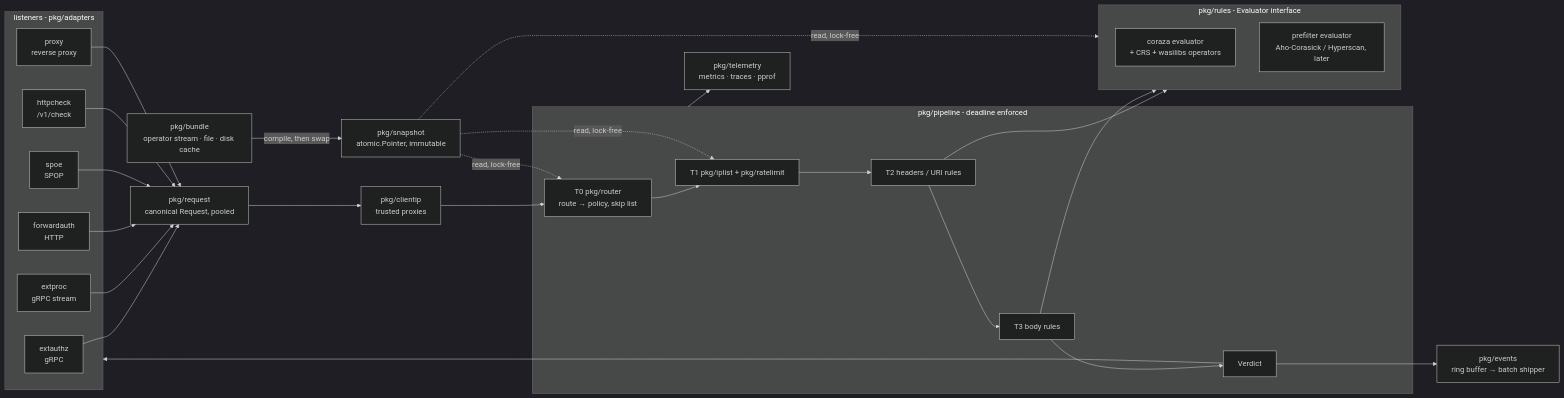
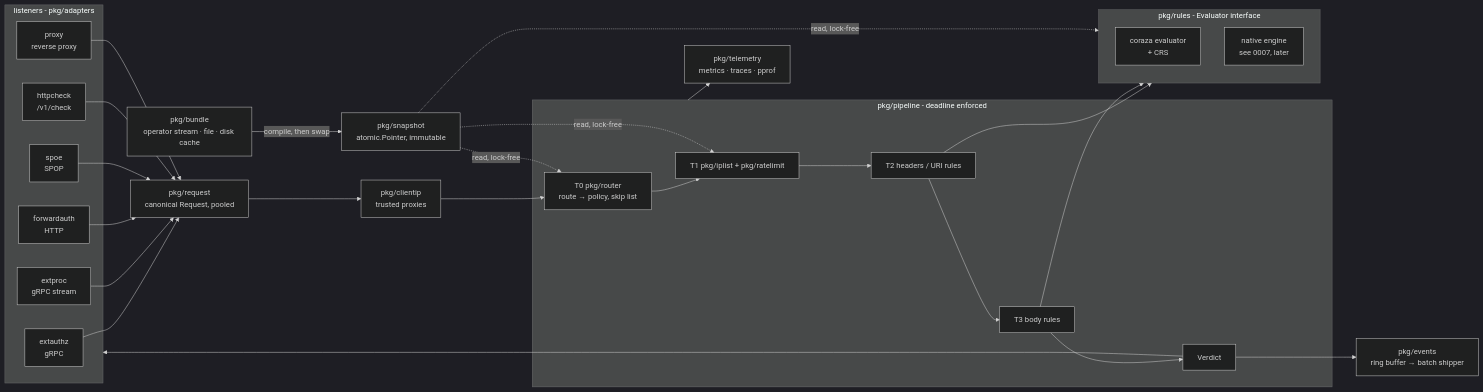
The second of 5 diagrams in docs/design/0005-component-map.md (inkwall-dev/inkwall), drawn with Mermaid (dark theme) before and after one commit. The commit also changed other lines of this file and 6 other files, not shown here.

````diff
--- a/docs/design/0005-component-map.md
+++ b/docs/design/0005-component-map.md
@@ -89,41 +89,41 @@
 ```mermaid
 flowchart LR
     subgraph LIS["listeners - pkg/adapters"]
         EA["extauthz<br/>gRPC"]
         EP["extproc<br/>gRPC stream"]
         FA["forwardauth<br/>HTTP"]
         SP["spoe<br/>SPOP"]
         HC["httpcheck<br/>/v1/check"]
         RP["proxy<br/>reverse proxy"]
     end
 
     REQ["pkg/request<br/>canonical Request, pooled"]
     CIP["pkg/clientip<br/>trusted proxies"]
 
     subgraph PIPE["pkg/pipeline - deadline enforced"]
         T0["T0 pkg/router<br/>route → policy, skip list"]
         T1["T1 pkg/iplist + pkg/ratelimit"]
         T2["T2 headers / URI rules"]
         T3["T3 body rules"]
         V["Verdict"]
         T0 --> T1 --> T2 --> T3 --> V
     end
 
     subgraph RULES["pkg/rules - Evaluator interface"]
-        CZ["coraza evaluator<br/>+ CRS + wasilibs operators"]
-        PF["prefilter evaluator<br/>Aho-Corasick / Hyperscan, later"]
+        CZ["coraza evaluator<br/>+ CRS"]
+        PF["native engine<br/>see 0007, later"]
     end
 
     SNAP["pkg/snapshot<br/>atomic.Pointer, immutable"]
     BUN["pkg/bundle<br/>operator stream · file · disk cache"]
     EVT["pkg/events<br/>ring buffer → batch shipper"]
     TEL["pkg/telemetry<br/>metrics · traces · pprof"]
 
     EA & EP & FA & SP & HC & RP --> REQ --> CIP --> T0
     T2 & T3 --> RULES
     BUN -->|"compile, then swap"| SNAP
     SNAP -.->|"read, lock-free"| T0 & T1 & RULES
     V --> EVT
     V --> LIS
     PIPE --> TEL
 ```
````
